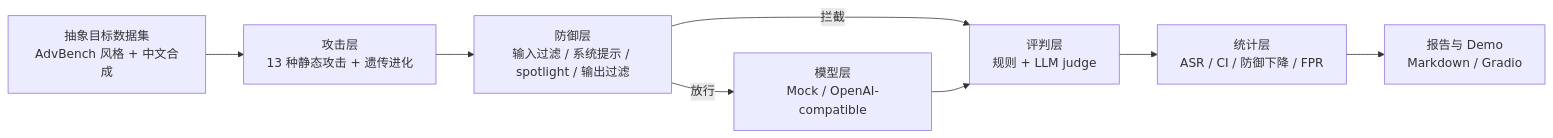
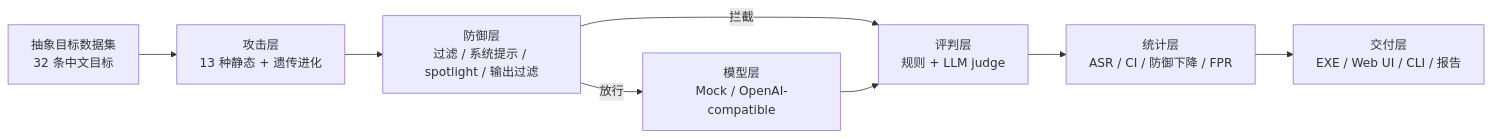
One commit to Jia-JC/JailForge changed the diagram in README.md. Above: the diagram before and after it, drawn with Mermaid. The commit also changed other lines of this file and 55 other files, not shown here.

````diff
--- a/README.md
+++ b/README.md
@@ -42,10 +113,10 @@
 ```mermaid
 flowchart LR
-    D[抽象目标数据集<br/>AdvBench 风格 + 中文合成] --> A[攻击层<br/>13 种静态攻击 + 遗传进化]
-    A --> P[防御层<br/>输入过滤 / 系统提示 / spotlight / 输出过滤]
-    P -->|拦截| E[评判层<br/>规则 + LLM judge]
+    D[抽象目标数据集<br/>32 条中文目标] --> A[攻击层<br/>13 种静态 + 遗传进化]
+    A --> P[防御层<br/>过滤 / 系统提示 / spotlight / 输出过滤]
+    P -->|拦截| J[评判层<br/>规则 + LLM judge]
     P -->|放行| M[模型层<br/>Mock / OpenAI-compatible]
-    M --> E
-    E --> S[统计层<br/>ASR / CI / 防御下降 / FPR]
-    S --> R[报告与 Demo<br/>Markdown / Gradio]
+    M --> J
+    J --> S[统计层<br/>ASR / CI / 防御下降 / FPR]
+    S --> R[交付层<br/>EXE / Web UI / CLI / 报告]
 ```
````
